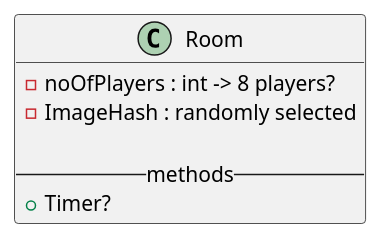
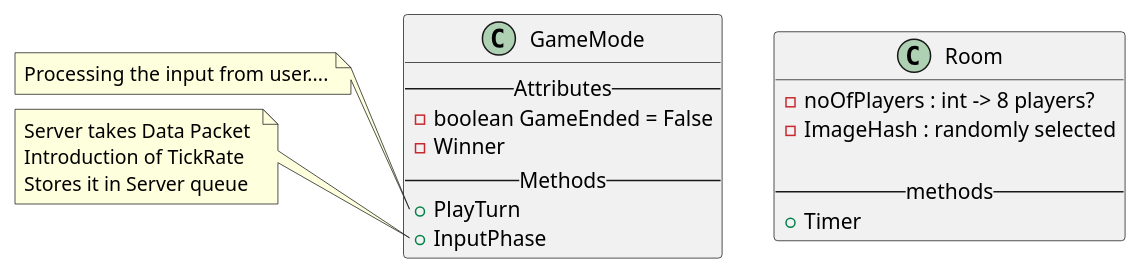
Before and after one commit to yashdwivedi/mavenproject1: the diagram in ClassDiagram.wsd, drawn with PlantUML.

Commit message:
ClassDiagram completed

```diff
--- a/ClassDiagram.wsd
+++ b/ClassDiagram.wsd
@@ -1,10 +1,26 @@
 @startuml
 class Room{
     - noOfPlayers : int -> 8 players?
     - ImageHash : randomly selected
 
     -- methods --
-    + Timer?
+    + Timer
 }
-
+class GameMode {
+    -- Attributes --
+    - boolean GameEnded = False
+    - Winner
+    -- Methods --
+    + PlayTurn
+    + InputPhase
+    ' + EndPhase
+}
+note left of GameMode::PlayTurn
+Processing the input from user....
+endnote
+note left of GameMode::InputPhase
+Server takes Data Packet 
+Introduction of TickRate
+Stores it in Server queue
+endnote 
 @enduml
```
